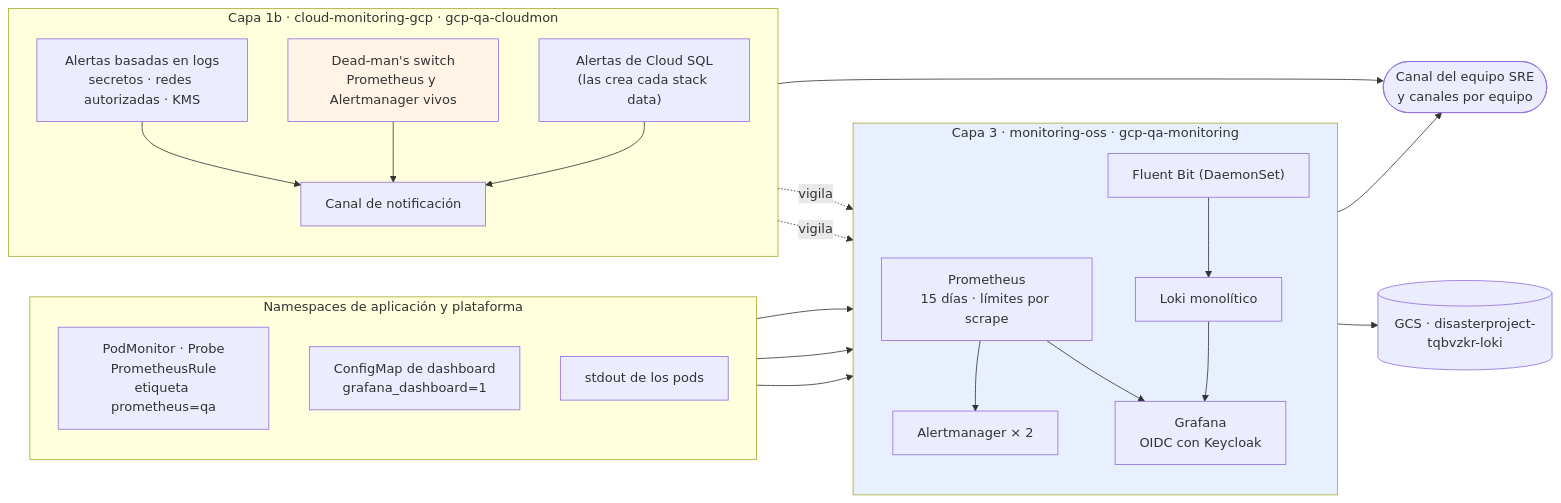
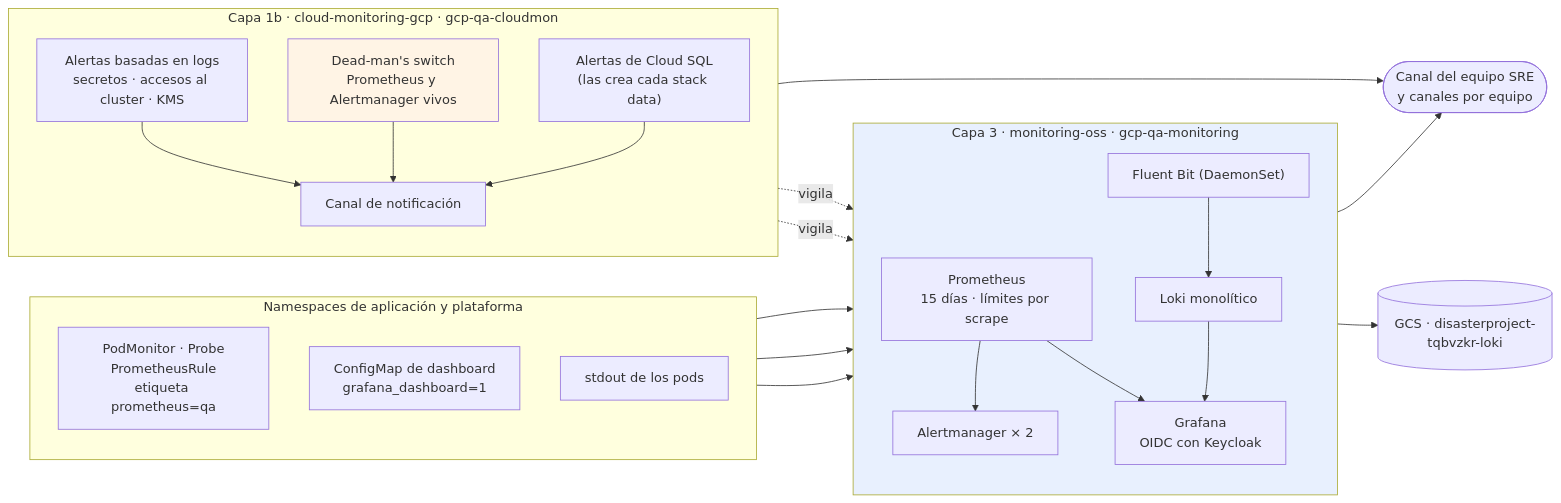
The diagram in docs/es/proposals/monitoring-qa/diagrams/01-contexto.mmd (aescanero/proposal_documents), drawn with Mermaid before and after one commit. The commit also changed 50 other files, not shown here.

```diff
--- a/docs/es/proposals/monitoring-qa/diagrams/01-contexto.mmd
+++ b/docs/es/proposals/monitoring-qa/diagrams/01-contexto.mmd
@@ -1,46 +1,46 @@
 flowchart LR
     subgraph TEN["Namespaces de aplicación y plataforma"]
         direction TB
         PM["PodMonitor · Probe<br/>PrometheusRule<br/>etiqueta prometheus=qa"]
         DB["ConfigMap de dashboard<br/>grafana_dashboard=1"]
         STD["stdout de los pods"]
     end
 
     subgraph L3["Capa 3 · monitoring-oss · gcp-qa-monitoring"]
         direction TB
         PROM["Prometheus<br/>15 días · límites por scrape"]
         AM["Alertmanager × 2"]
         LOKI["Loki monolítico"]
         GF["Grafana<br/>OIDC con Keycloak"]
         FB["Fluent Bit (DaemonSet)"]
         PROM --> AM
         FB --> LOKI
         PROM --> GF
         LOKI --> GF
     end
 
     subgraph L1B["Capa 1b · cloud-monitoring-gcp · gcp-qa-cloudmon"]
         direction TB
-        LBA["Alertas basadas en logs<br/>secretos · redes autorizadas · KMS"]
+        LBA["Alertas basadas en logs<br/>secretos · accesos al cluster · KMS"]
         DMS["Dead-man's switch<br/>Prometheus y Alertmanager vivos"]
         CSA["Alertas de Cloud SQL<br/>(las crea cada stack data)"]
         NC["Canal de notificación"]
         LBA --> NC
         DMS --> NC
         CSA --> NC
     end
 
     GCS[("GCS · disasterproject-tqbvzkr-loki")]
     SRE(["Canal del equipo SRE<br/>y canales por equipo"])
 
     PM --> PROM
     DB --> GF
     STD --> FB
     LOKI --> GCS
     AM --> SRE
     NC --> SRE
     DMS -. "vigila" .-> PROM
     DMS -. "vigila" .-> AM
 
     style L3 fill:#e8f0fe
     style DMS fill:#fff4e5
```
